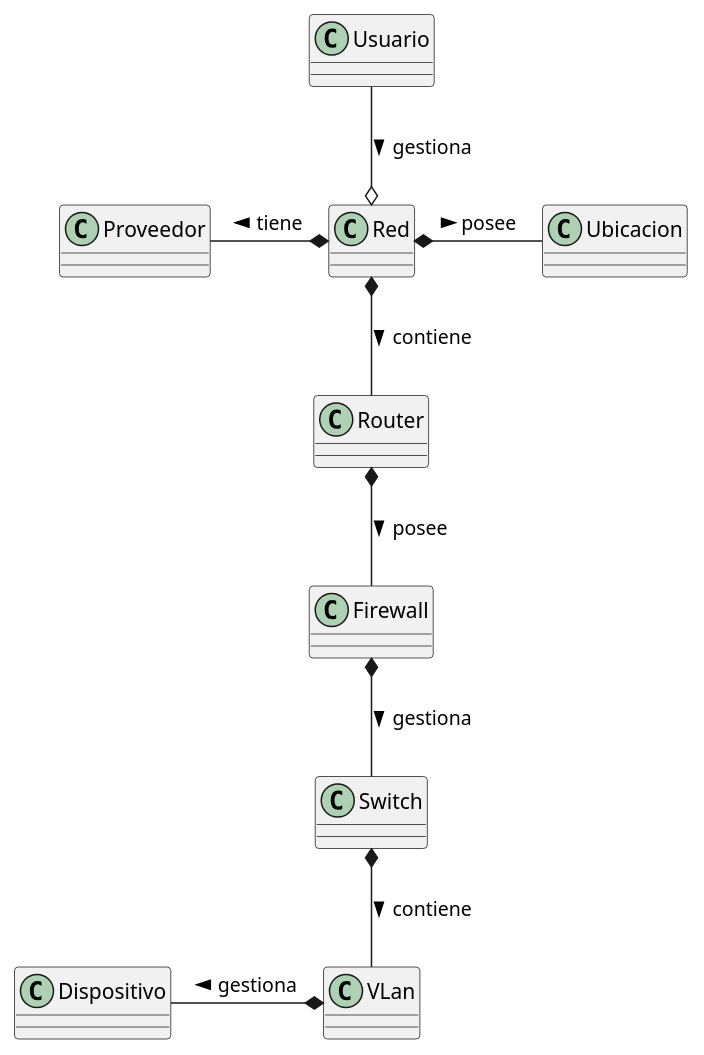
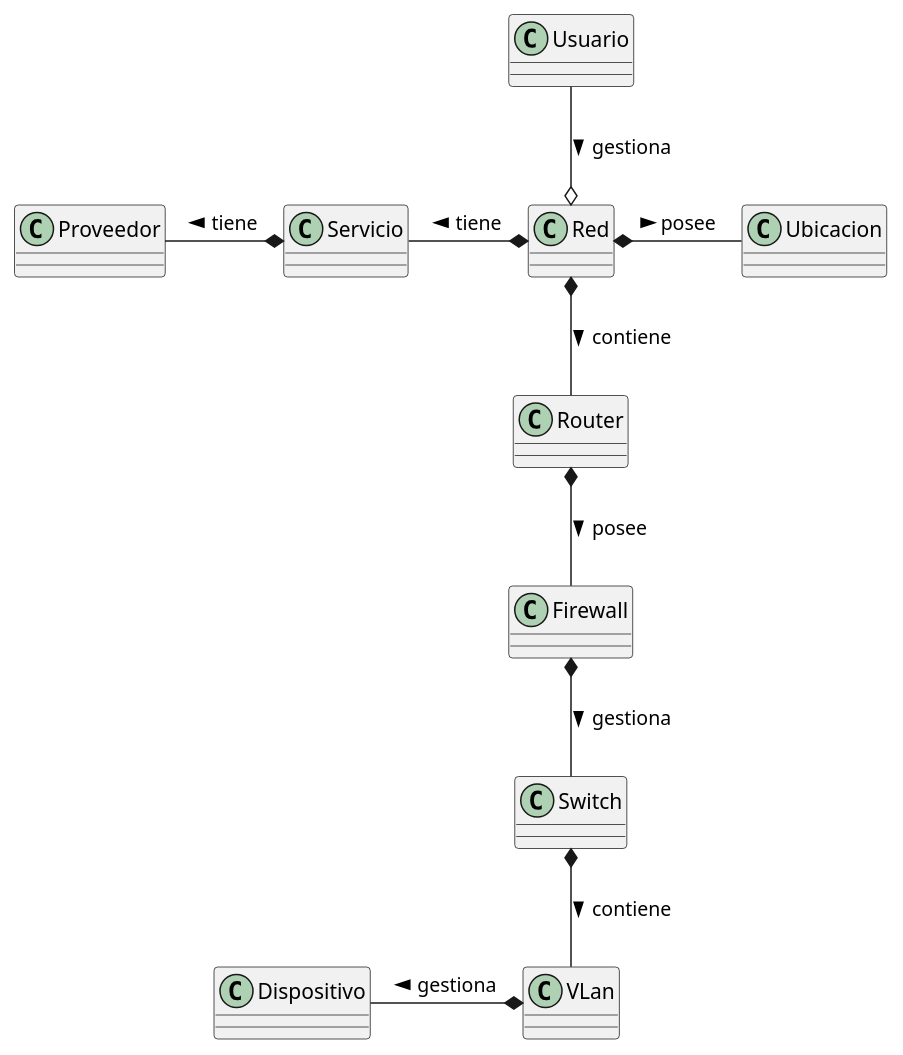
Before and after one commit to mmasias/IdSw1-22-23: the diagram in docs/ModeloDominio.plantuml, drawn with PlantUML. The commit also changed 9 other files, not shown here.

Commit message:
Feature: Changes to the state diagram and domain model

```diff
--- a/docs/ModeloDominio.plantuml
+++ b/docs/ModeloDominio.plantuml
@@ -1,24 +1,27 @@
-@startuml
+@startuml ModeloDeDominio
 class Usuario
 class Red
 class Router
 class Ubicacion
 class Firewall
 class Switch
 class Dispositivo
+class Servicio
 
 Usuario --o Red : gestiona >
 
 
 Red *-r- Ubicacion : posee >
 Red *-- Router : contiene >
-Red *-l- Proveedor : tiene >
+
+Red *-l- Servicio : tiene >
+Servicio *-l- Proveedor : tiene >
 
 Router *-- Firewall : posee >
 Firewall *-- Switch : gestiona >
 
 Switch *-- VLan : contiene >
 VLan *-l- Dispositivo : gestiona >
 
 
 @enduml
```
